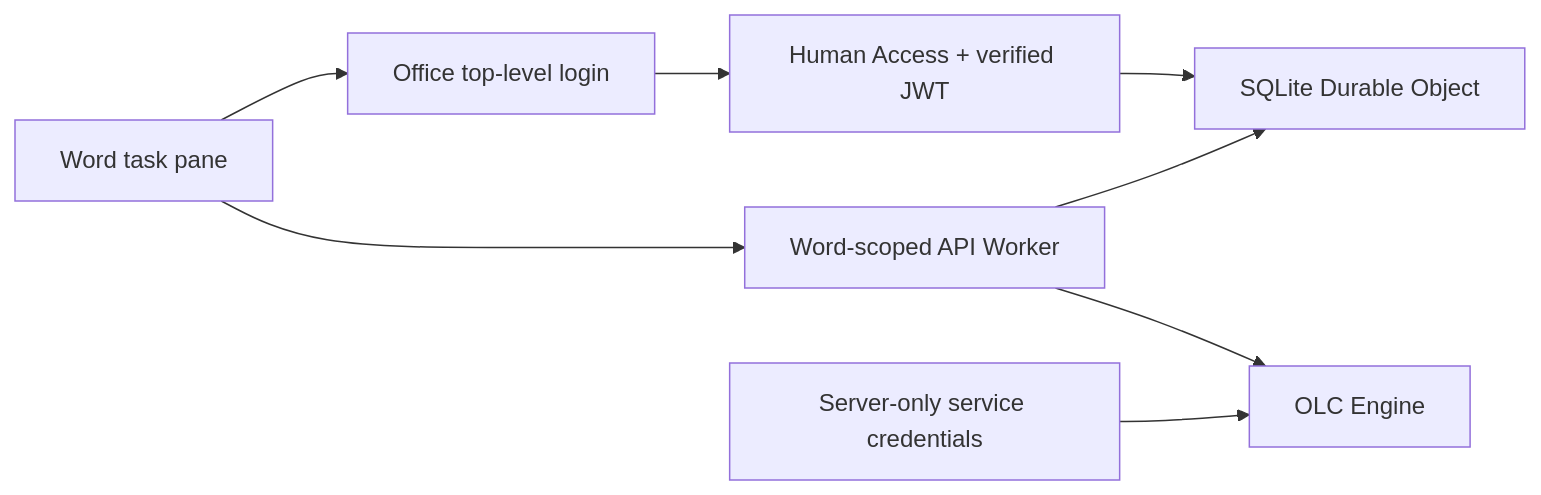
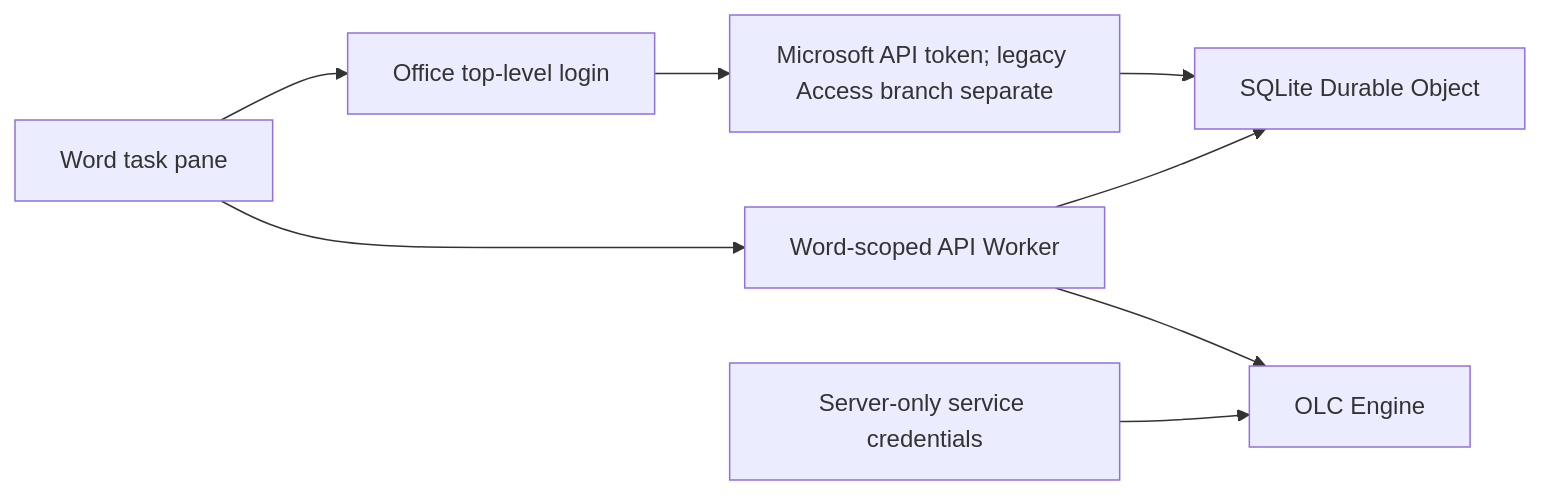
One commit to OpenLegalCore/olc-word-connector changed the diagram in docs/INTEGRATION.md. Above: the diagram before and after it, drawn with Mermaid. The commit also changed other lines of this file and 25 other files, not shown here.

````diff
--- a/docs/INTEGRATION.md
+++ b/docs/INTEGRATION.md
@@ -23,10 +24,10 @@
 ```mermaid
 flowchart LR
     Word["Word task pane"] --> API["Word-scoped API Worker"]
     Word --> Dialog["Office top-level login"]
-    Dialog --> Auth["Human Access + verified JWT"]
+    Dialog --> Auth["Microsoft API token; legacy Access branch separate"]
     Auth --> Store["SQLite Durable Object"]
     API --> Store
     API --> Engine["OLC Engine"]
     Access["Server-only service credentials"] --> Engine
 ```
````
